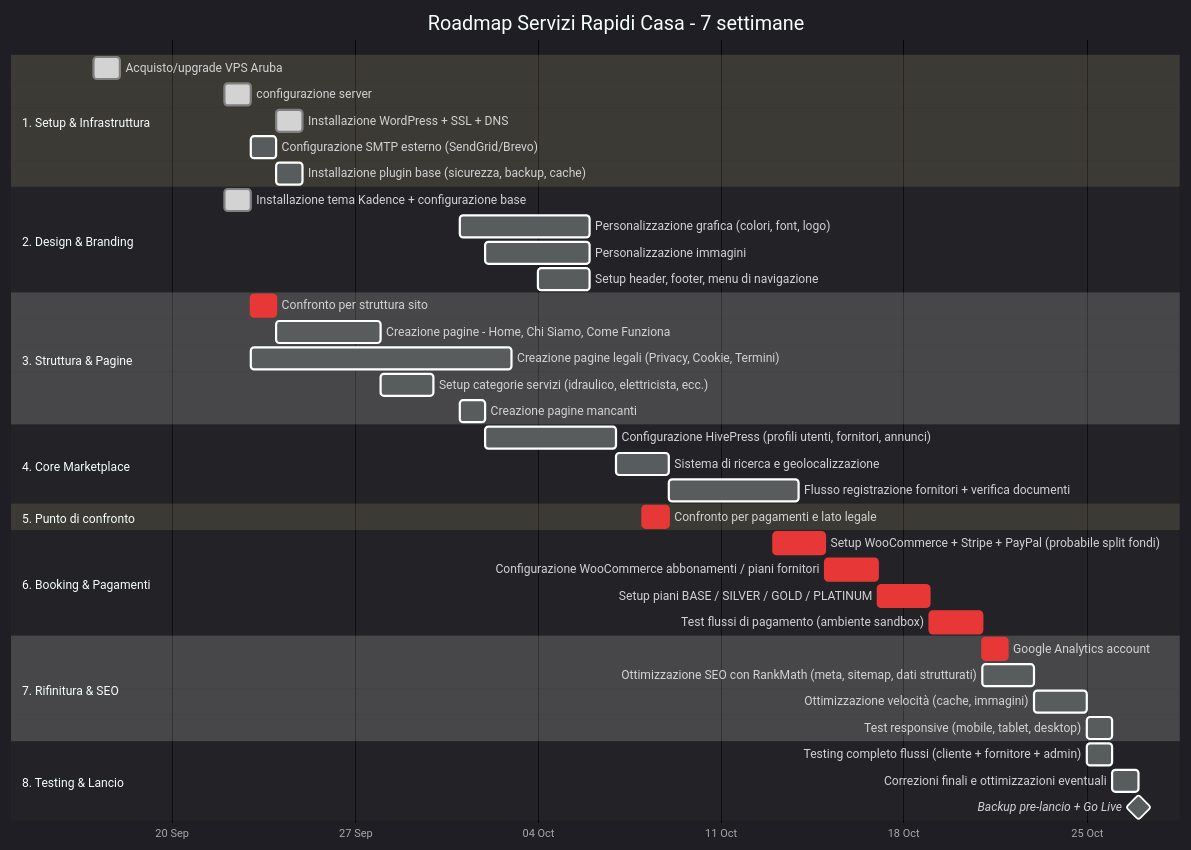
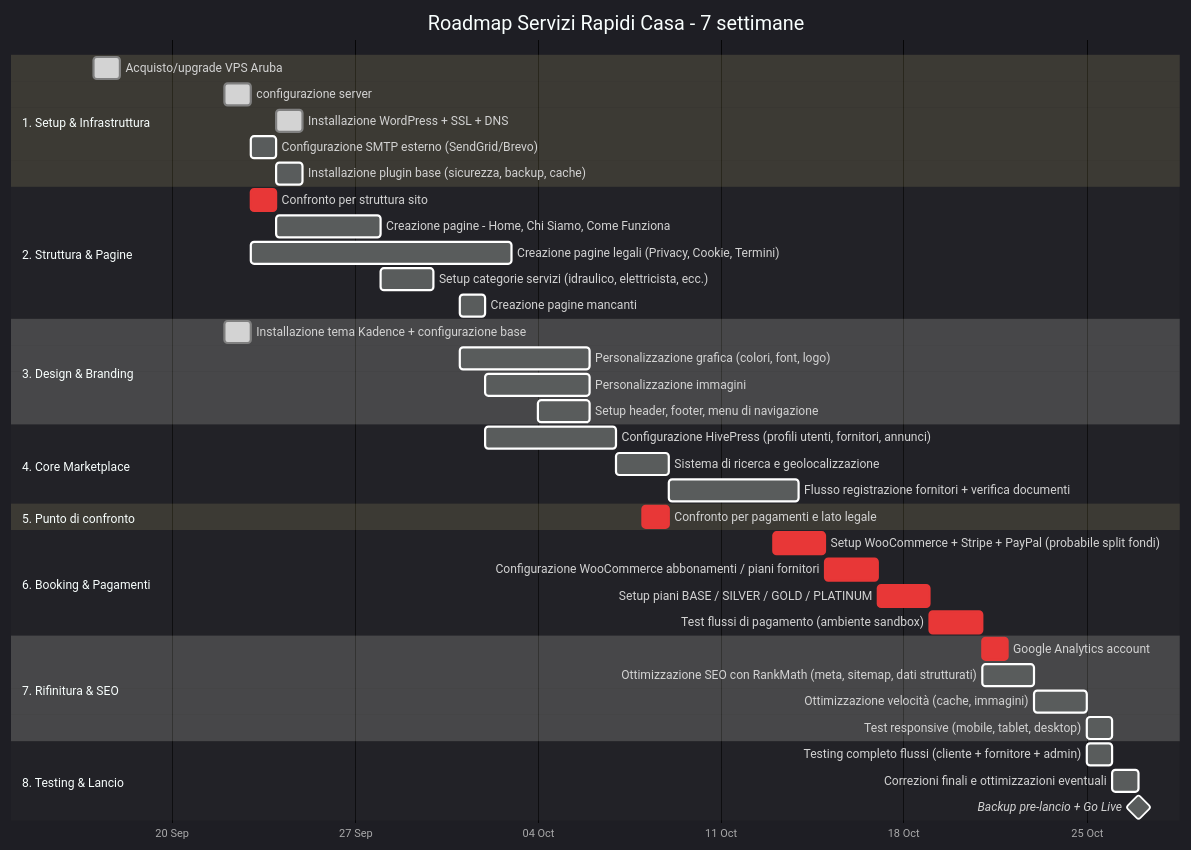
The diagram in src_roadmap.md (BarbaraLol/servizi_rapidi_casa), drawn with Mermaid before and after one commit.

````diff
--- a/src_roadmap.md
+++ b/src_roadmap.md
@@ -17,52 +17,52 @@
 ```mermaid
 %%{init: {'theme':'dark'}}%%
 gantt
     title Roadmap Servizi Rapidi Casa - 7 settimane
     dateFormat  DD-MM-YYYY
     axisFormat  %d %b
 
     section 1. Setup & Infrastruttura
     Acquisto/upgrade VPS Aruba                                 :done, a1, 17-09-2026, 1d
     configurazione server                                      :done, a2, 22-09-2026, 1d
     Installazione WordPress + SSL + DNS                        :done, a3, 24-09-2026, 1d
     Configurazione SMTP esterno (SendGrid/Brevo)               :a4, 23-09-2026, 1d
     Installazione plugin base (sicurezza, backup, cache)       :a5, 24-09-2026, 1d
 
-    section 2. Design & Branding
+    section 2. Struttura & Pagine 
+    Confronto per struttura sito                               :crit, a10, 23-09-2026, 1d
+    Creazione pagine - Home, Chi Siamo, Come Funziona          :a11, 24-09-2026, 4d
+    Creazione pagine legali (Privacy, Cookie, Termini)         :a12, 23-09-2026, 10d
+    Setup categorie servizi (idraulico, elettricista, ecc.)    :a13, 28-09-2026, 2d
+    Creazione pagine mancanti                                  :a14, 01-10-2026, 1d
+
+    section 3. Design & Branding
     Installazione tema Kadence + configurazione base           :done, a6, 22-09-2026, 1d
     Personalizzazione grafica (colori, font, logo)             :a7, 01-10-2026, 5d
     Personalizzazione immagini                                 :a8, 02-10-2026, 4d
     Setup header, footer, menu di navigazione                  :a9, 04-10-2026, 2d
-
-    section 3. Struttura & Pagine 
-    Confronto per struttura sito                               :crit, a10, 23-09-2026, 1d
-    Creazione pagine - Home, Chi Siamo, Come Funziona          :a11, 24-09-2026, 4d
-    Creazione pagine legali (Privacy, Cookie, Termini)         :a12, 23-09-2026, 10d
-    Setup categorie servizi (idraulico, elettricista, ecc.)    :a13, 28-09-2026, 2d
-    Creazione pagine mancanti                                  :a14, 01-10-2026, 1d 
 
     section 4. Core Marketplace
     Configurazione HivePress (profili utenti, fornitori, annunci) :a15, 02-10-2026, 5d
     Sistema di ricerca e geolocalizzazione                     :a16, 07-10-2026, 2d
     Flusso registrazione fornitori + verifica documenti        :a17, 09-10-2026, 5d
 
     section 5. Punto di confronto
     Confronto per pagamenti e lato legale                      :crit, a18, 08-10-2026, 1d
 
     section 6. Booking & Pagamenti
     Setup WooCommerce + Stripe + PayPal (probabile split fondi)         :crit, a19, 13-10-2026, 2d
     Configurazione WooCommerce abbonamenti / piani fornitori   :crit, a20, 15-10-2026, 2d
     Setup piani BASE / SILVER / GOLD / PLATINUM                :crit, a21, 17-10-2026, 2d
     Test flussi di pagamento (ambiente sandbox)                :crit, a22, 19-10-2026, 2d
 
     section 7. Rifinitura & SEO
     Google Analytics account                                   :crit, a23, 21-10-2026, 1d
     Ottimizzazione SEO con RankMath (meta, sitemap, dati strutturati)    :a24, 21-10-2026, 2d
     Ottimizzazione velocità (cache, immagini)         :a25, 23-10-2026, 2d
     Test responsive (mobile, tablet, desktop)                  :a26, 25-10-2026, 1d
 
     section 8. Testing & Lancio
     Testing completo flussi (cliente + fornitore + admin)      :a27, 25-10-2026, 1d
     Correzioni finali e ottimizzazioni eventuali               :a28, 26-10-2026, 1d
     Backup pre-lancio + Go Live                                :milestone, a29, 27-10-2026, 0d
 ```
````
